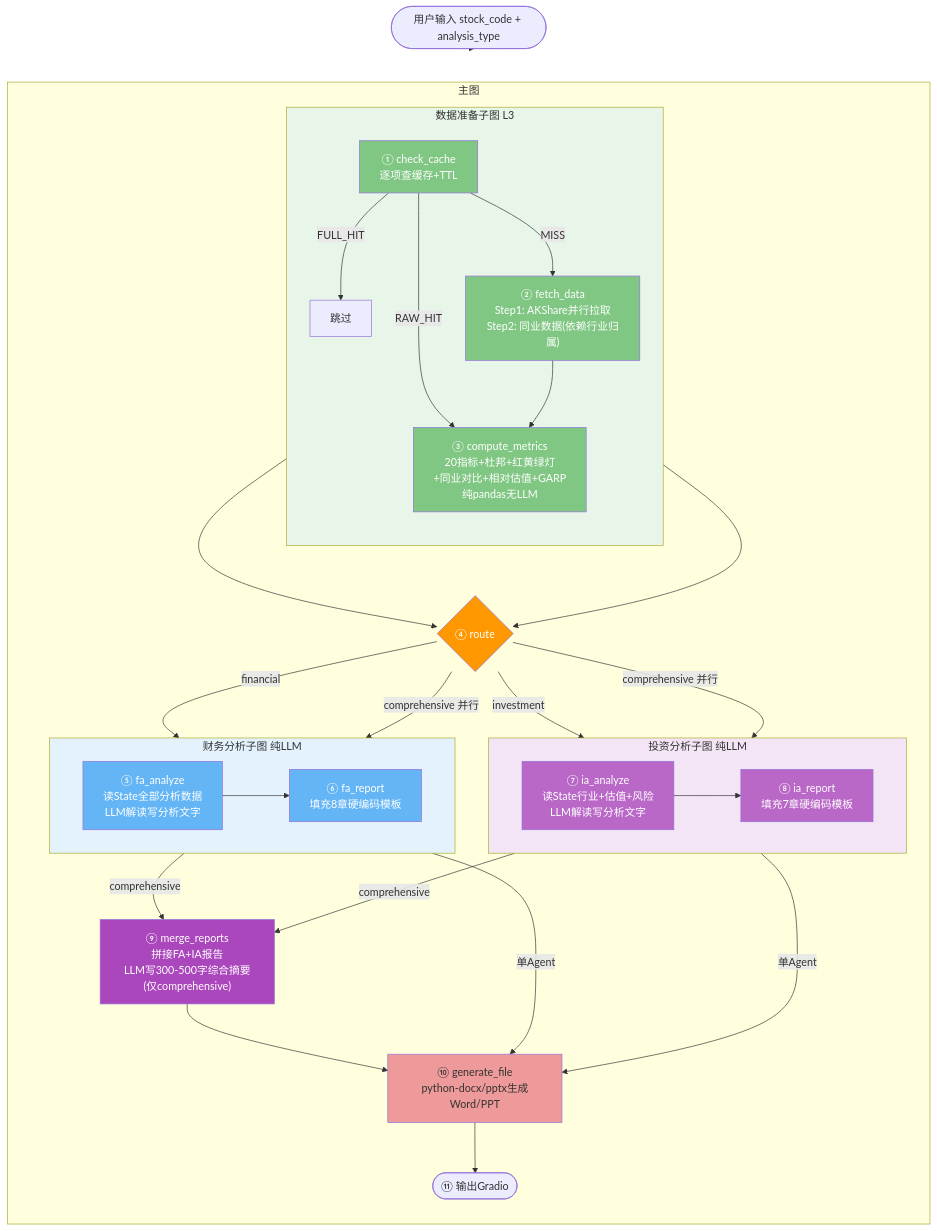
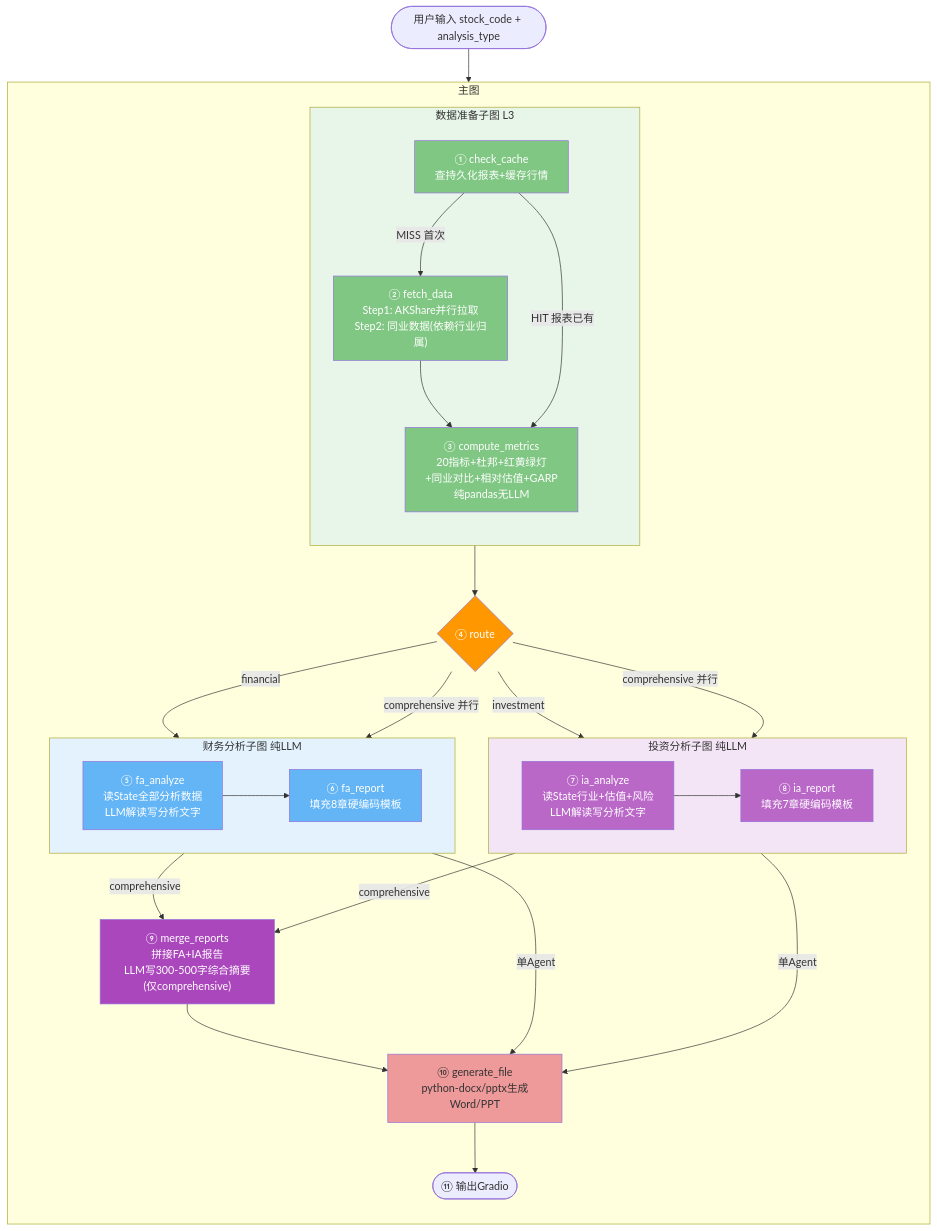
Before and after one commit to closure-guo/finance_analysis_agent: the first of 2 diagrams in docs/architecture.md, drawn with Mermaid. The commit also changed other lines of this file and 6 other files, not shown here.

First line of the commit message:
docs: unify persistence strategy across all docs (HIT/MISS)

````diff
--- a/docs/architecture.md
+++ b/docs/architecture.md
@@ -30,65 +30,63 @@
 ```mermaid
 flowchart TB
     START([用户输入 stock_code + analysis_type]) --> PREP
 
     subgraph MAIN["主图"]
         direction TB
 
         subgraph PREP["数据准备子图 L3"]
             direction TB
-            CC["① check_cache<br/>逐项查缓存+TTL"]
+            CC["① check_cache<br/>查持久化报表+缓存行情"]
             FP["② fetch_data<br/>Step1: AKShare并行拉取<br/>Step2: 同业数据(依赖行业归属)"]
             CM["③ compute_metrics<br/>20指标+杜邦+红黄绿灯<br/>+同业对比+相对估值+GARP<br/>纯pandas无LLM"]
-            CC -->|"FULL_HIT"| BYPASS["跳过"]
-            CC -->|"RAW_HIT"| CM
-            CC -->|"MISS"| FP --> CM
+            CC -->|"MISS 首次"| FP --> CM
+            CC -->|"HIT 报表已有"| CM
         end
 
         Route{"④ route"}
 
         subgraph FA["财务分析子图 纯LLM"]
             FA1["⑤ fa_analyze<br/>读State全部分析数据<br/>LLM解读写分析文字"]
             FA2["⑥ fa_report<br/>填充8章硬编码模板"]
             FA1 --> FA2
         end
 
         subgraph IA["投资分析子图 纯LLM"]
             IA1["⑦ ia_analyze<br/>读State行业+估值+风险<br/>LLM解读写分析文字"]
             IA2["⑧ ia_report<br/>填充7章硬编码模板"]
             IA1 --> IA2
         end
 
         Merge["⑨ merge_reports<br/>拼接FA+IA报告<br/>LLM写300-500字综合摘要(仅comprehensive)"]
         GenFile["⑩ generate_file<br/>python-docx/pptx生成Word/PPT"]
         Output(["⑪ 输出Gradio"])
     end
 
     PREP --> Route
-    BYPASS --> Route
 
     Route -->|"financial"| FA
     Route -->|"investment"| IA
     Route -->|"comprehensive 并行"| FA
     Route -->|"comprehensive 并行"| IA
 
     FA -->|"comprehensive"| Merge
     IA -->|"comprehensive"| Merge
     FA -->|"单Agent"| GenFile
     IA -->|"单Agent"| GenFile
     Merge --> GenFile
     GenFile --> Output
 
     style PREP fill:#e8f5e9
     style CC fill:#81c784,color:#fff
     style FP fill:#81c784,color:#fff
     style CM fill:#81c784,color:#fff
     style Route fill:#ff9800,color:#fff
     style FA fill:#e3f2fd
     style IA fill:#f3e5f5
     style FA1 fill:#64b5f6,color:#fff
     style FA2 fill:#64b5f6,color:#fff
     style IA1 fill:#ba68c8,color:#fff
     style IA2 fill:#ba68c8,color:#fff
     style GenFile fill:#ef9a9a
     style Merge fill:#ab47bc,color:#fff
 ```
````
